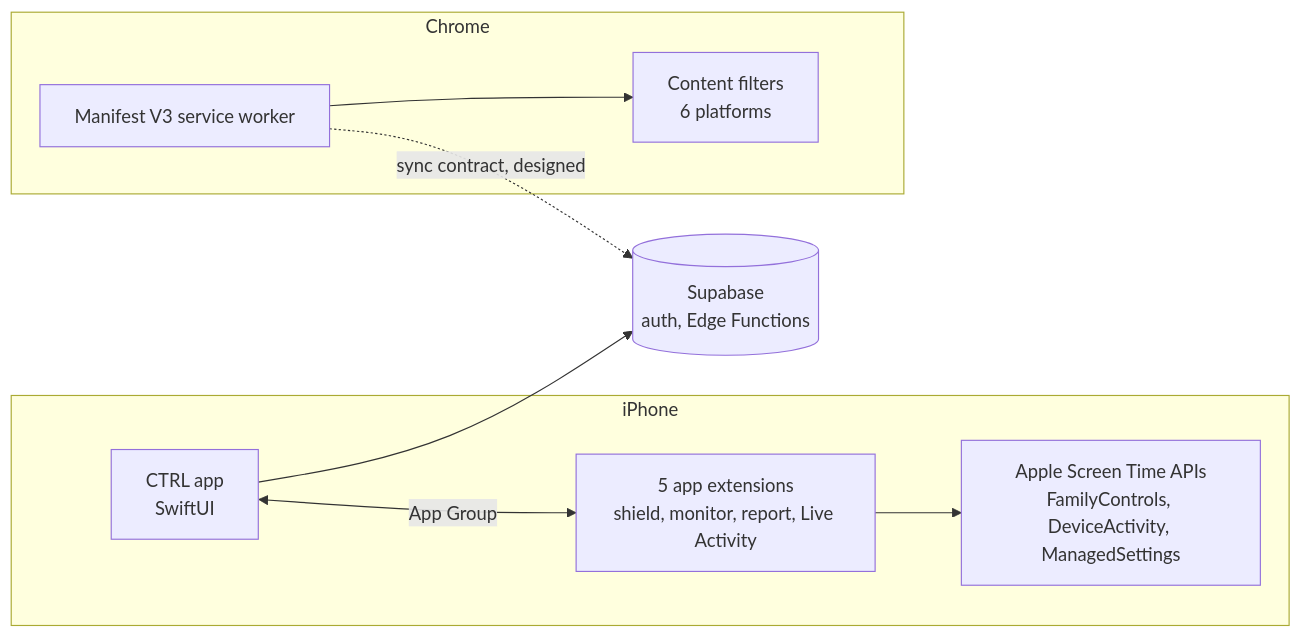
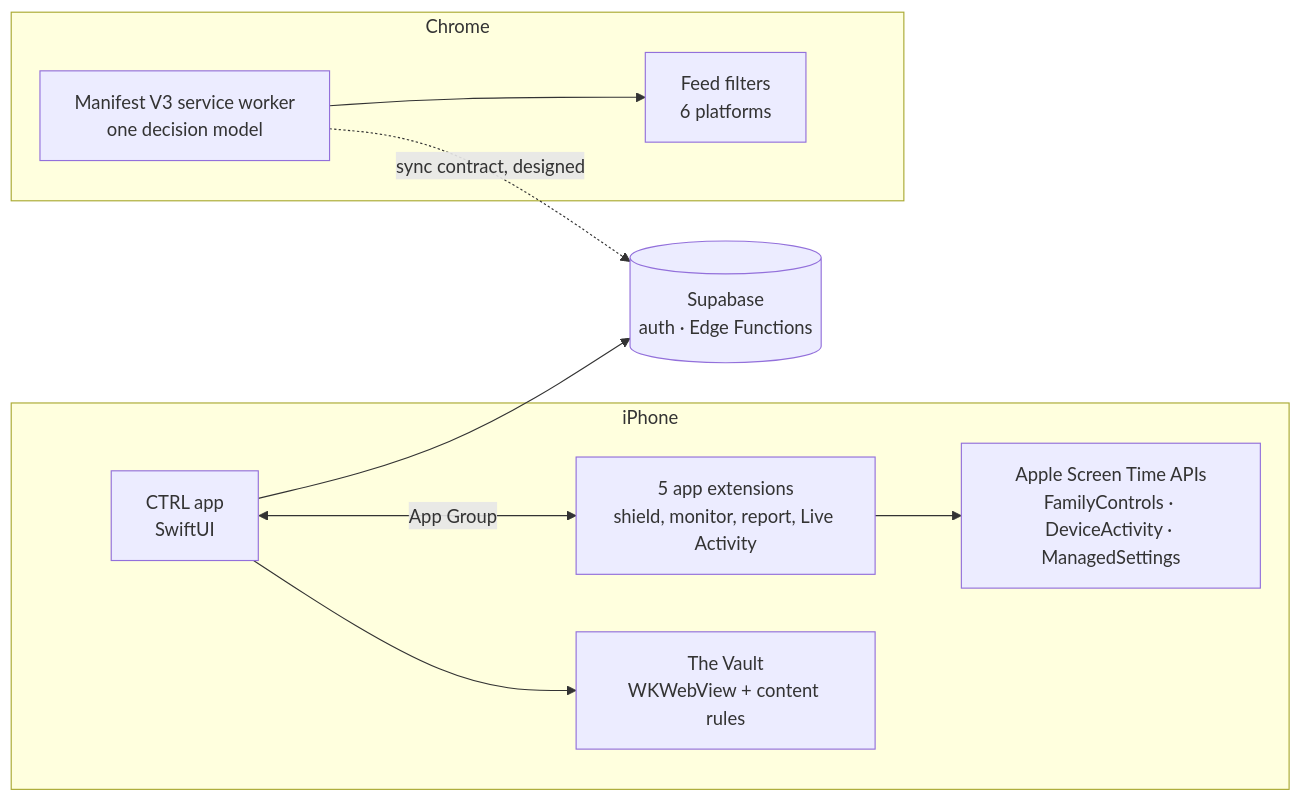
One commit to m0hamedb3ngab5ia/CTRL changed the diagram in README.md. Above: the diagram before and after it, drawn with Mermaid. The commit also changed other lines of this file, not shown here.

````diff
--- a/README.md
+++ b/README.md
@@ -32,16 +42,17 @@
 ```mermaid
 flowchart LR
   subgraph iPhone
     App[CTRL app<br/>SwiftUI]
     Ext[5 app extensions<br/>shield, monitor, report, Live Activity]
     App <-- App Group --> Ext
-    Ext --> ST[Apple Screen Time APIs<br/>FamilyControls, DeviceActivity, ManagedSettings]
+    Ext --> ST[Apple Screen Time APIs<br/>FamilyControls · DeviceActivity · ManagedSettings]
+    App --> WV[The Vault<br/>WKWebView + content rules]
   end
   subgraph Chrome
-    SW[Manifest V3 service worker]
-    CS[Content filters<br/>6 platforms]
+    SW[Manifest V3 service worker<br/>one decision model]
+    CS[Feed filters<br/>6 platforms]
     SW --> CS
   end
-  App --> SB[(Supabase<br/>auth, Edge Functions)]
+  App --> SB[(Supabase<br/>auth · Edge Functions)]
   SW -. sync contract, designed .-> SB
 ```
````
